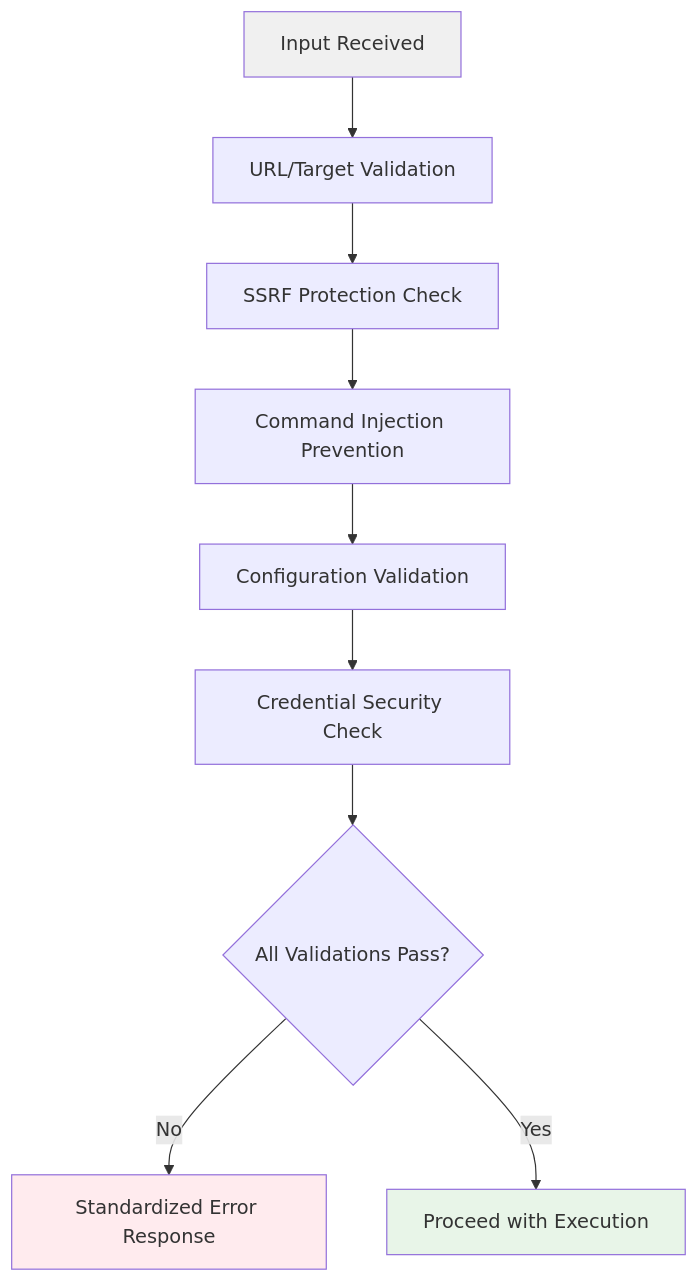
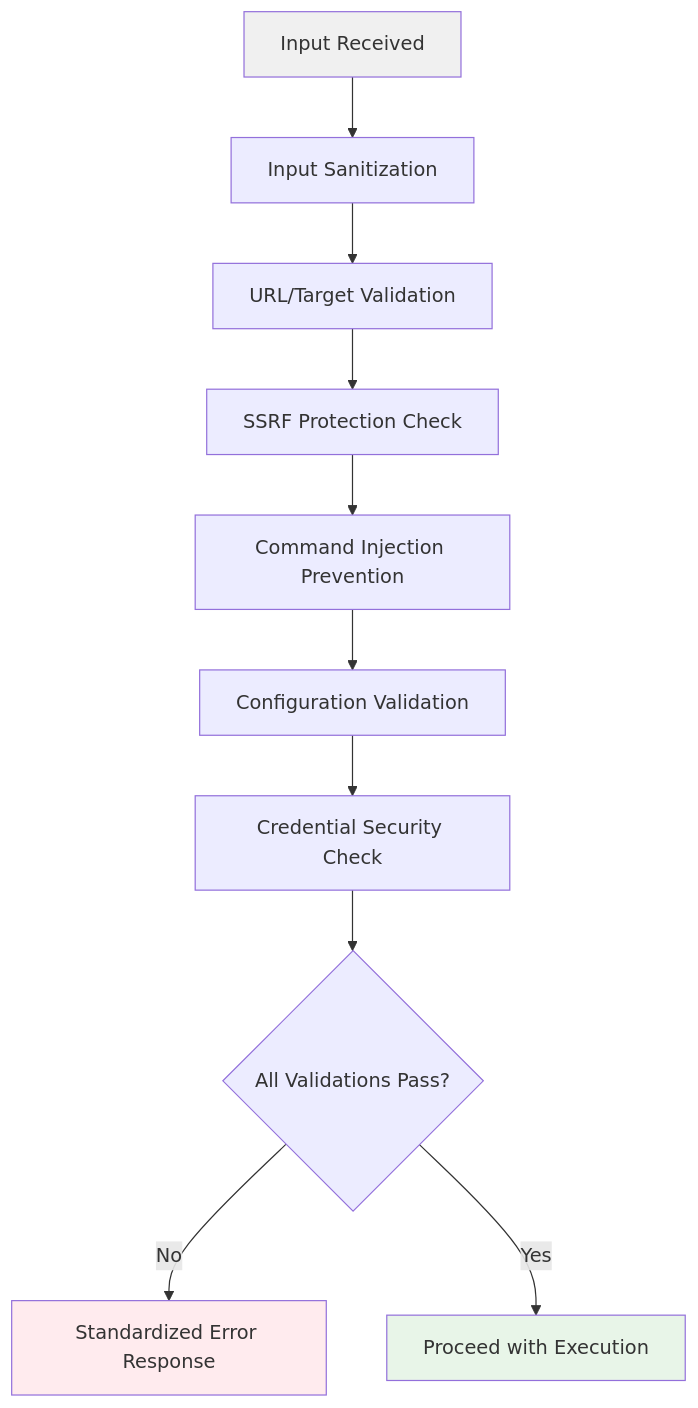
One commit to supercheck-io/supercheck changed diagram 13 of 17 in specs/04-monitoring/MONITORING_SYSTEM.md. Above: the diagram before and after it, drawn with Mermaid. The commit also changed other lines of this file and 69 other files, not shown here.

````diff
--- a/specs/04-monitoring/MONITORING_SYSTEM.md
+++ b/specs/04-monitoring/MONITORING_SYSTEM.md
@@ -774,15 +781,16 @@
 ```mermaid
 graph TD
-    A[Input Received] --> B[URL/Target Validation]
-    B --> C[SSRF Protection Check]
-    C --> D[Command Injection Prevention]
-    D --> E[Configuration Validation]
-    E --> F[Credential Security Check]
-    F --> G{All Validations Pass?}
-    G -->|No| H[Standardized Error Response]
-    G -->|Yes| I[Proceed with Execution]
+    A[Input Received] --> B[Input Sanitization]
+    B --> C[URL/Target Validation]
+    C --> D[SSRF Protection Check]
+    D --> E[Command Injection Prevention]
+    E --> F[Configuration Validation]
+    F --> G[Credential Security Check]
+    G --> H{All Validations Pass?}
+    H -->|No| I[Standardized Error Response]
+    H -->|Yes| J[Proceed with Execution]
 
     style A fill:#f0f0f0
-    style H fill:#ffebee
-    style I fill:#e8f5e8
+    style I fill:#ffebee
+    style J fill:#e8f5e8
 ```
````
